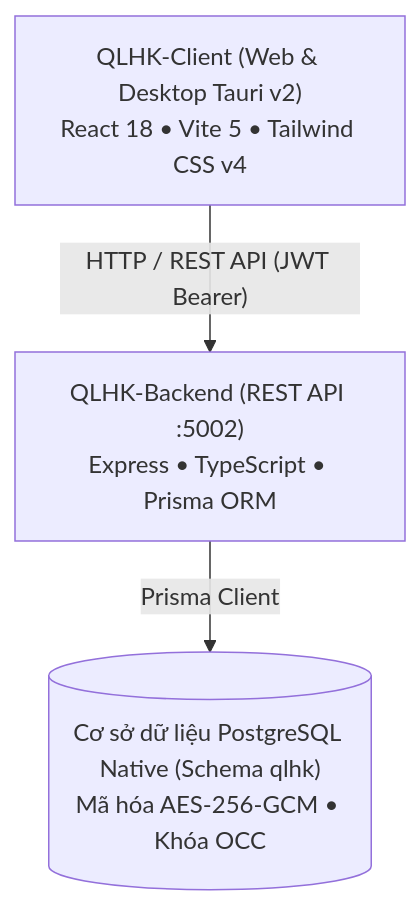
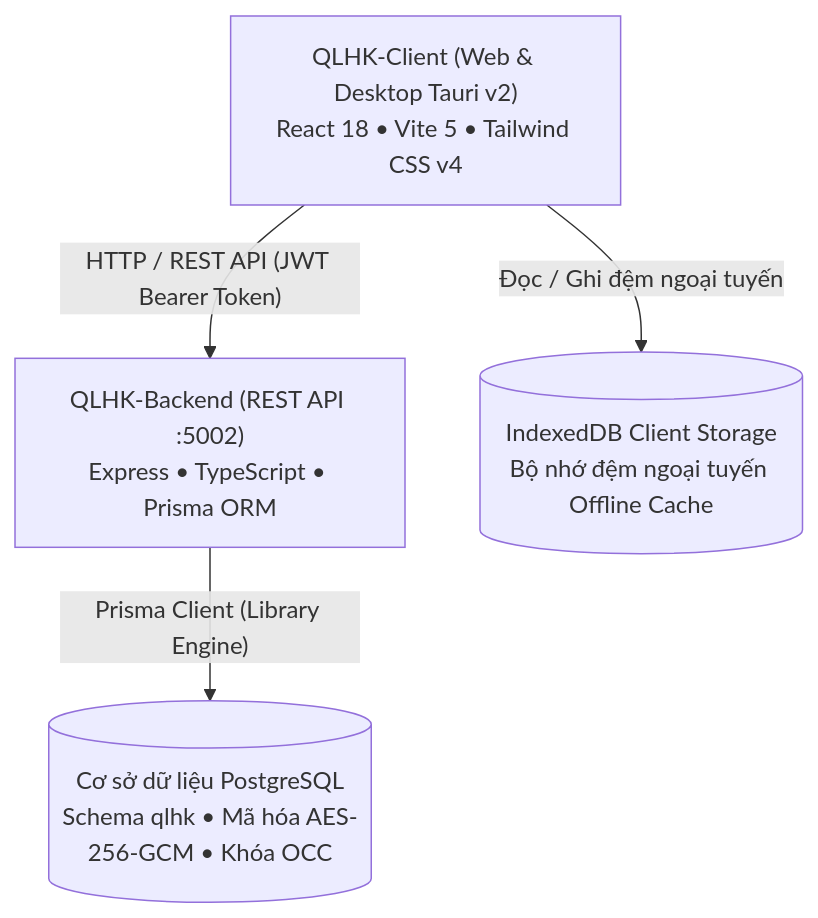
Before and after one commit to Umnuar/QLHK: the diagram in README.md, drawn with Mermaid. The commit also changed other lines of this file, not shown here.

````diff
--- a/README.md
+++ b/README.md
@@ -63,9 +110,11 @@
 ```mermaid
 graph TD
     Client["QLHK-Client (Web & Desktop Tauri v2)<br/>React 18 • Vite 5 • Tailwind CSS v4"]
     Backend["QLHK-Backend (REST API :5002)<br/>Express • TypeScript • Prisma ORM"]
-    DB[("Cơ sở dữ liệu PostgreSQL Native (Schema qlhk)<br/>Mã hóa AES-256-GCM • Khóa OCC")]
-
-    Client -->|"HTTP / REST API (JWT Bearer)"| Backend
-    Backend -->|"Prisma Client"| DB
+    DB[("Cơ sở dữ liệu PostgreSQL<br/>Schema qlhk • Mã hóa AES-256-GCM • Khóa OCC")]
+    IndexedDB[("IndexedDB Client Storage<br/>Bộ nhớ đệm ngoại tuyến Offline Cache")]
+    
+    Client -->|"HTTP / REST API (JWT Bearer Token)"| Backend
+    Client -->|"Đọc / Ghi đệm ngoại tuyến"| IndexedDB
+    Backend -->|"Prisma Client (Library Engine)"| DB
 ```
````
